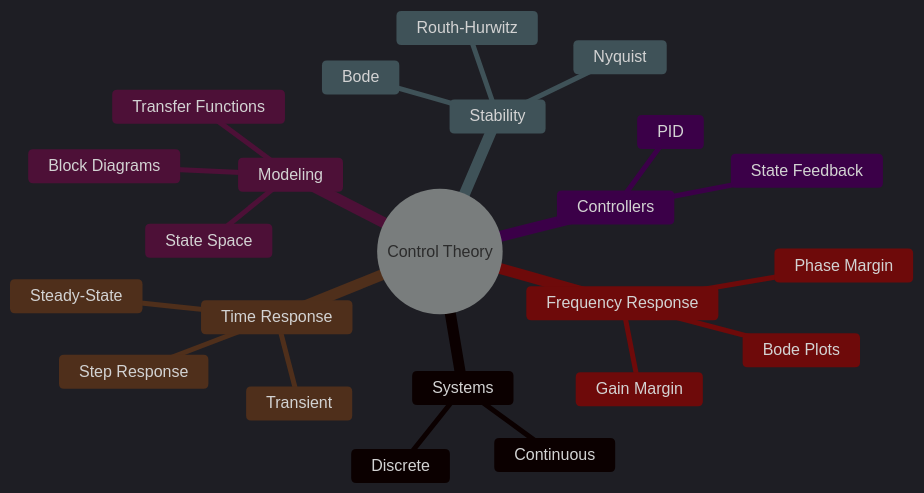
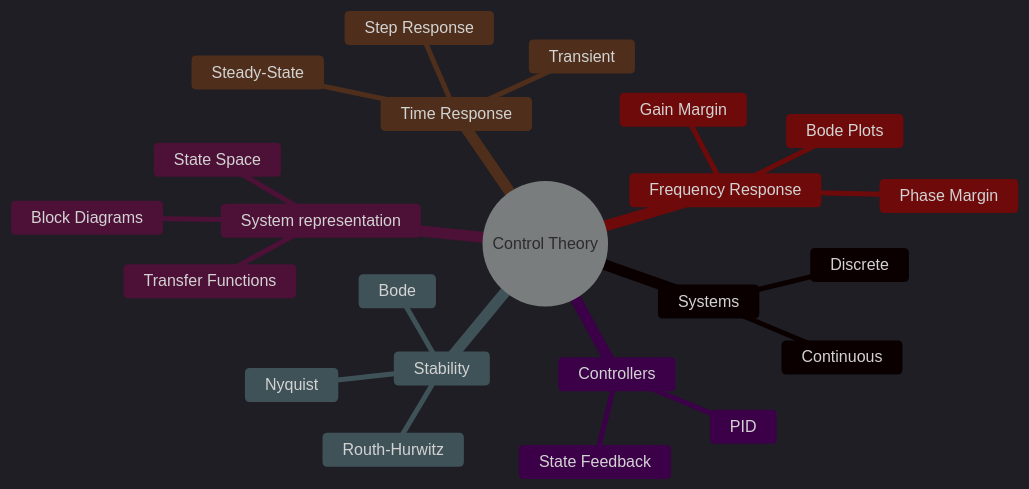
The diagram in Control-theory/Note-CT.md (przemek-c/Notes), drawn with Mermaid before and after one commit. The commit also changed other lines of this file, not shown here.

````diff
--- a/Control-theory/Note-CT.md
+++ b/Control-theory/Note-CT.md
@@ -1,31 +1,31 @@
 ```mermaid
 ---
 config:
   theme: 'dark'
 ---
 mindmap
   root((Control Theory))
     Systems
         Continuous
         Discrete
-    Modeling
+    System representation 
         Transfer Functions
         State Space
         Block Diagrams
     Stability
         Routh-Hurwitz
         Nyquist
         Bode
     Time Response
         Step Response
         Transient
         Steady-State
     Frequency Response
         Bode Plots
         Gain Margin
         Phase Margin
     Controllers
         PID
         State Feedback
 
 ```
````
